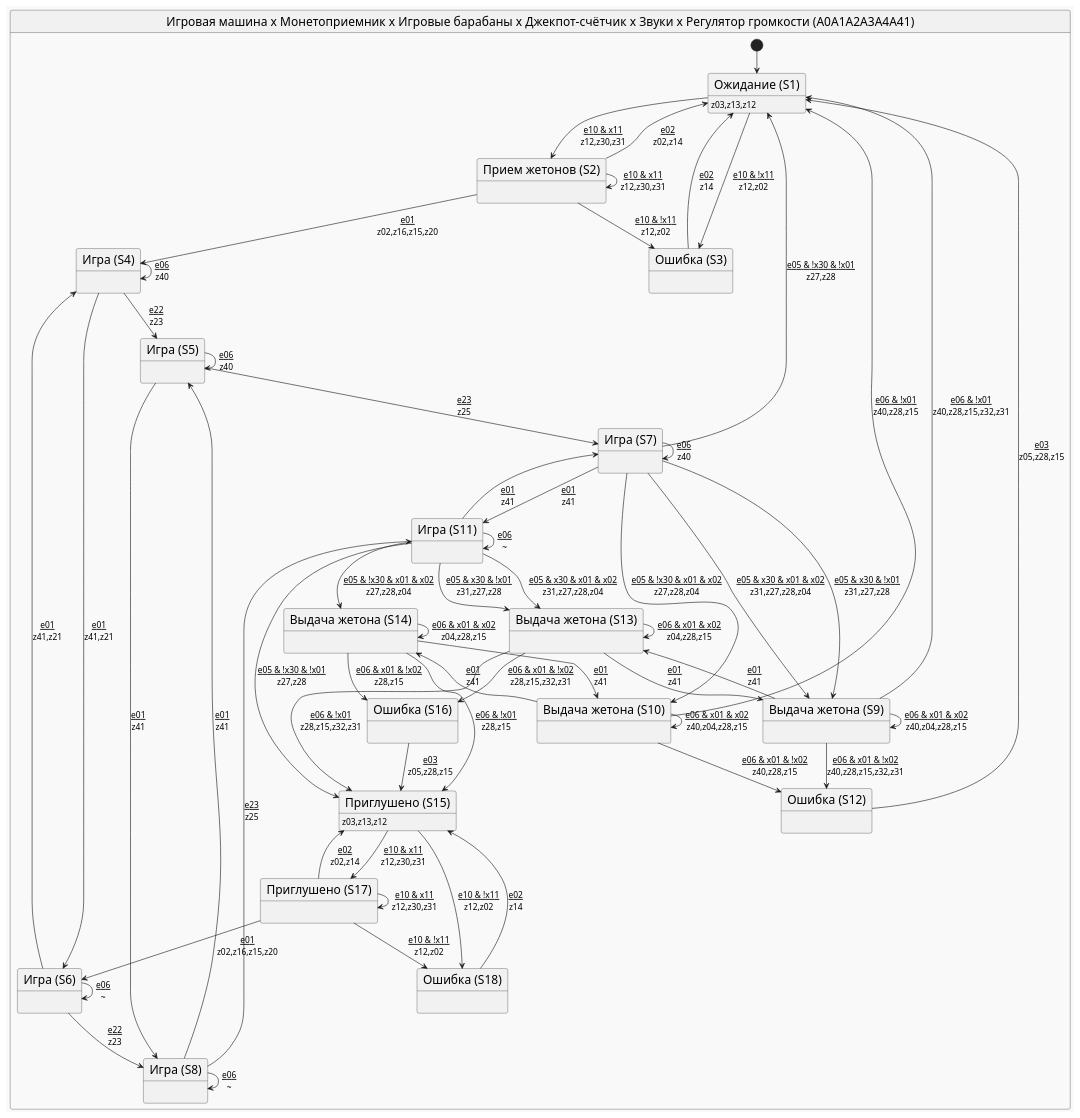
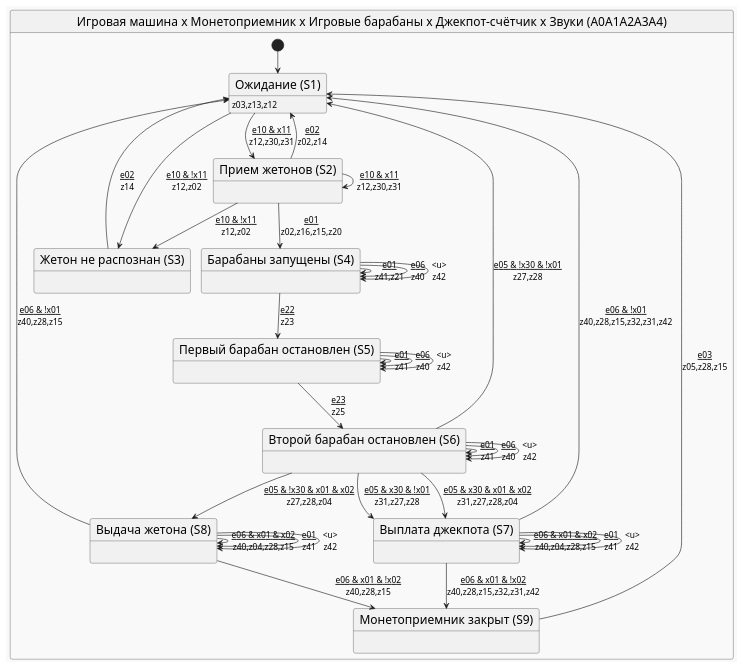
One commit to PhoenixNazarov/fsm-multiply changed the diagram in articles/multiply_many_nested/puml/final.puml. Above: the diagram before and after it, drawn with PlantUML. The commit also changed 14 other files, not shown here.

```diff
--- a/articles/multiply_many_nested/puml/final.puml
+++ b/articles/multiply_many_nested/puml/final.puml
@@ -1,82 +1,50 @@
 @startuml
 !theme mars
 skinparam stateFontSize 20
 skinparam arrowFontSize 14
-state "Игровая машина x Монетоприемник x Игровые барабаны x Джекпот-счётчик x Звуки x Регулятор громкости (A0A1A2A3A4A41)" as A0A1A2A3A4A41 {
-    [*] --> A0A1A2A3A4A4140
-    state "Ожидание (S1)" as A0A1A2A3A4A4140 : <size:14>z03,z13,z12
-    state "Прием жетонов (S2)" as A0A1A2A3A4A415 : 
-    state "Ошибка (S3)" as A0A1A2A3A4A416 : 
-    state "Игра (S4)" as A0A1A2A3A4A4115 : 
-    state "Игра (S5)" as A0A1A2A3A4A4124 : 
-    state "Игра (S6)" as A0A1A2A3A4A4153 : 
-    state "Игра (S7)" as A0A1A2A3A4A4138 : 
-    state "Игра (S8)" as A0A1A2A3A4A4125 : 
-    state "Выдача жетона (S9)" as A0A1A2A3A4A4144 : 
-    state "Выдача жетона (S10)" as A0A1A2A3A4A4148 : 
-    state "Игра (S11)" as A0A1A2A3A4A4139 : 
-    state "Ошибка (S12)" as A0A1A2A3A4A4131 : 
-    state "Выдача жетона (S13)" as A0A1A2A3A4A4141 : 
-    state "Выдача жетона (S14)" as A0A1A2A3A4A4145 : 
-    state "Приглушено (S15)" as A0A1A2A3A4A4156 : <size:14>z03,z13,z12
-    state "Ошибка (S16)" as A0A1A2A3A4A4146 : 
-    state "Приглушено (S17)" as A0A1A2A3A4A4154 : 
-    state "Ошибка (S18)" as A0A1A2A3A4A4155 : 
-    A0A1A2A3A4A4140 --> A0A1A2A3A4A415 : <u>e10 & x11\nz12,z30,z31
-    A0A1A2A3A4A4140 --> A0A1A2A3A4A416 : <u>e10 & !x11\nz12,z02
-    A0A1A2A3A4A415 --> A0A1A2A3A4A4140 : <u>e02\nz02,z14
-    A0A1A2A3A4A415 --> A0A1A2A3A4A4115 : <u>e01\nz02,z16,z15,z20
-    A0A1A2A3A4A415 --> A0A1A2A3A4A415 : <u>e10 & x11\nz12,z30,z31
-    A0A1A2A3A4A415 --> A0A1A2A3A4A416 : <u>e10 & !x11\nz12,z02
-    A0A1A2A3A4A416 --> A0A1A2A3A4A4140 : <u>e02\nz14
-    A0A1A2A3A4A4115 --> A0A1A2A3A4A4124 : <u>e22\nz23
-    A0A1A2A3A4A4115 --> A0A1A2A3A4A4153 : <u>e01\nz41,z21
-    A0A1A2A3A4A4115 --> A0A1A2A3A4A4115 : <u>e06\nz40
-    A0A1A2A3A4A4124 --> A0A1A2A3A4A4138 : <u>e23\nz25
-    A0A1A2A3A4A4124 --> A0A1A2A3A4A4125 : <u>e01\nz41
-    A0A1A2A3A4A4124 --> A0A1A2A3A4A4124 : <u>e06\nz40
-    A0A1A2A3A4A4153 --> A0A1A2A3A4A4125 : <u>e22\nz23
-    A0A1A2A3A4A4153 --> A0A1A2A3A4A4115 : <u>e01\nz41,z21
-    A0A1A2A3A4A4153 --> A0A1A2A3A4A4153 : <u>e06\n~
-    A0A1A2A3A4A4138 --> A0A1A2A3A4A4144 : <u>e05 & x30 & x01 & x02\nz31,z27,z28,z04
-    A0A1A2A3A4A4138 --> A0A1A2A3A4A4144 : <u>e05 & x30 & !x01\nz31,z27,z28
-    A0A1A2A3A4A4138 --> A0A1A2A3A4A4148 : <u>e05 & !x30 & x01 & x02\nz27,z28,z04
-    A0A1A2A3A4A4138 --> A0A1A2A3A4A4140 : <u>e05 & !x30 & !x01\nz27,z28
-    A0A1A2A3A4A4138 --> A0A1A2A3A4A4139 : <u>e01\nz41
-    A0A1A2A3A4A4138 --> A0A1A2A3A4A4138 : <u>e06\nz40
-    A0A1A2A3A4A4125 --> A0A1A2A3A4A4139 : <u>e23\nz25
-    A0A1A2A3A4A4125 --> A0A1A2A3A4A4124 : <u>e01\nz41
-    A0A1A2A3A4A4125 --> A0A1A2A3A4A4125 : <u>e06\n~
-    A0A1A2A3A4A4144 --> A0A1A2A3A4A4144 : <u>e06 & x01 & x02\nz40,z04,z28,z15
-    A0A1A2A3A4A4144 --> A0A1A2A3A4A4131 : <u>e06 & x01 & !x02\nz40,z28,z15,z32,z31
-    A0A1A2A3A4A4144 --> A0A1A2A3A4A4140 : <u>e06 & !x01\nz40,z28,z15,z32,z31
-    A0A1A2A3A4A4144 --> A0A1A2A3A4A4141 : <u>e01\nz41
-    A0A1A2A3A4A4148 --> A0A1A2A3A4A4148 : <u>e06 & x01 & x02\nz40,z04,z28,z15
-    A0A1A2A3A4A4148 --> A0A1A2A3A4A4131 : <u>e06 & x01 & !x02\nz40,z28,z15
-    A0A1A2A3A4A4148 --> A0A1A2A3A4A4140 : <u>e06 & !x01\nz40,z28,z15
-    A0A1A2A3A4A4148 --> A0A1A2A3A4A4145 : <u>e01\nz41
-    A0A1A2A3A4A4139 --> A0A1A2A3A4A4141 : <u>e05 & x30 & x01 & x02\nz31,z27,z28,z04
-    A0A1A2A3A4A4139 --> A0A1A2A3A4A4141 : <u>e05 & x30 & !x01\nz31,z27,z28
-    A0A1A2A3A4A4139 --> A0A1A2A3A4A4145 : <u>e05 & !x30 & x01 & x02\nz27,z28,z04
-    A0A1A2A3A4A4139 --> A0A1A2A3A4A4156 : <u>e05 & !x30 & !x01\nz27,z28
-    A0A1A2A3A4A4139 --> A0A1A2A3A4A4138 : <u>e01\nz41
-    A0A1A2A3A4A4139 --> A0A1A2A3A4A4139 : <u>e06\n~
-    A0A1A2A3A4A4131 --> A0A1A2A3A4A4140 : <u>e03\nz05,z28,z15
-    A0A1A2A3A4A4141 --> A0A1A2A3A4A4141 : <u>e06 & x01 & x02\nz04,z28,z15
-    A0A1A2A3A4A4141 --> A0A1A2A3A4A4146 : <u>e06 & x01 & !x02\nz28,z15,z32,z31
-    A0A1A2A3A4A4141 --> A0A1A2A3A4A4156 : <u>e06 & !x01\nz28,z15,z32,z31
-    A0A1A2A3A4A4141 --> A0A1A2A3A4A4144 : <u>e01\nz41
-    A0A1A2A3A4A4145 --> A0A1A2A3A4A4145 : <u>e06 & x01 & x02\nz04,z28,z15
-    A0A1A2A3A4A4145 --> A0A1A2A3A4A4146 : <u>e06 & x01 & !x02\nz28,z15
-    A0A1A2A3A4A4145 --> A0A1A2A3A4A4156 : <u>e06 & !x01\nz28,z15
-    A0A1A2A3A4A4145 --> A0A1A2A3A4A4148 : <u>e01\nz41
-    A0A1A2A3A4A4156 --> A0A1A2A3A4A4154 : <u>e10 & x11\nz12,z30,z31
-    A0A1A2A3A4A4156 --> A0A1A2A3A4A4155 : <u>e10 & !x11\nz12,z02
-    A0A1A2A3A4A4146 --> A0A1A2A3A4A4156 : <u>e03\nz05,z28,z15
-    A0A1A2A3A4A4154 --> A0A1A2A3A4A4156 : <u>e02\nz02,z14
-    A0A1A2A3A4A4154 --> A0A1A2A3A4A4153 : <u>e01\nz02,z16,z15,z20
-    A0A1A2A3A4A4154 --> A0A1A2A3A4A4154 : <u>e10 & x11\nz12,z30,z31
-    A0A1A2A3A4A4154 --> A0A1A2A3A4A4155 : <u>e10 & !x11\nz12,z02
-    A0A1A2A3A4A4155 --> A0A1A2A3A4A4156 : <u>e02\nz14
+state "Игровая машина x Монетоприемник x Игровые барабаны x Джекпот-счётчик x Звуки (A0A1A2A3A4)" as A0A1A2A3A4 {
+    [*] --> A0A1A2A3A433
+    state "Ожидание (S1)" as A0A1A2A3A433 : <size:14>z03,z13,z12
+    state "Прием жетонов (S2)" as A0A1A2A3A45 : 
+    state "Жетон не распознан (S3)" as A0A1A2A3A46 : 
+    state "Барабаны запущены (S4)" as A0A1A2A3A411 : 
+    state "Первый барабан остановлен (S5)" as A0A1A2A3A415 : 
+    state "Второй барабан остановлен (S6)" as A0A1A2A3A422 : 
+    state "Выплата джекпота (S7)" as A0A1A2A3A427 : 
+    state "Выдача жетона (S8)" as A0A1A2A3A432 : 
+    state "Монетоприемник закрыт (S9)" as A0A1A2A3A429 : 
+    A0A1A2A3A433 --> A0A1A2A3A45 : <u>e10 & x11\nz12,z30,z31
+    A0A1A2A3A433 --> A0A1A2A3A46 : <u>e10 & !x11\nz12,z02
+    A0A1A2A3A45 --> A0A1A2A3A433 : <u>e02\nz02,z14
+    A0A1A2A3A45 --> A0A1A2A3A411 : <u>e01\nz02,z16,z15,z20
+    A0A1A2A3A45 --> A0A1A2A3A45 : <u>e10 & x11\nz12,z30,z31
+    A0A1A2A3A45 --> A0A1A2A3A46 : <u>e10 & !x11\nz12,z02
+    A0A1A2A3A46 --> A0A1A2A3A433 : <u>e02\nz14
+    A0A1A2A3A411 --> A0A1A2A3A415 : <u>e22\nz23
+    A0A1A2A3A411 --> A0A1A2A3A411 : <u>e01\nz41,z21
+    A0A1A2A3A411 --> A0A1A2A3A411 : <u>e06\nz40
+    A0A1A2A3A411 --> A0A1A2A3A411 : <u>\nz42
+    A0A1A2A3A415 --> A0A1A2A3A422 : <u>e23\nz25
+    A0A1A2A3A415 --> A0A1A2A3A415 : <u>e01\nz41
+    A0A1A2A3A415 --> A0A1A2A3A415 : <u>e06\nz40
+    A0A1A2A3A415 --> A0A1A2A3A415 : <u>\nz42
+    A0A1A2A3A422 --> A0A1A2A3A427 : <u>e05 & x30 & x01 & x02\nz31,z27,z28,z04
+    A0A1A2A3A422 --> A0A1A2A3A427 : <u>e05 & x30 & !x01\nz31,z27,z28
+    A0A1A2A3A422 --> A0A1A2A3A432 : <u>e05 & !x30 & x01 & x02\nz27,z28,z04
+    A0A1A2A3A422 --> A0A1A2A3A433 : <u>e05 & !x30 & !x01\nz27,z28
+    A0A1A2A3A422 --> A0A1A2A3A422 : <u>e01\nz41
+    A0A1A2A3A422 --> A0A1A2A3A422 : <u>e06\nz40
+    A0A1A2A3A422 --> A0A1A2A3A422 : <u>\nz42
+    A0A1A2A3A427 --> A0A1A2A3A427 : <u>e06 & x01 & x02\nz40,z04,z28,z15
+    A0A1A2A3A427 --> A0A1A2A3A427 : <u>e01\nz41
+    A0A1A2A3A427 --> A0A1A2A3A427 : <u>\nz42
+    A0A1A2A3A427 --> A0A1A2A3A429 : <u>e06 & x01 & !x02\nz40,z28,z15,z32,z31,z42
+    A0A1A2A3A427 --> A0A1A2A3A433 : <u>e06 & !x01\nz40,z28,z15,z32,z31,z42
+    A0A1A2A3A432 --> A0A1A2A3A432 : <u>e06 & x01 & x02\nz40,z04,z28,z15
+    A0A1A2A3A432 --> A0A1A2A3A432 : <u>e01\nz41
+    A0A1A2A3A432 --> A0A1A2A3A432 : <u>\nz42
+    A0A1A2A3A432 --> A0A1A2A3A429 : <u>e06 & x01 & !x02\nz40,z28,z15
+    A0A1A2A3A432 --> A0A1A2A3A433 : <u>e06 & !x01\nz40,z28,z15
+    A0A1A2A3A429 --> A0A1A2A3A433 : <u>e03\nz05,z28,z15
 }
 @enduml
```
